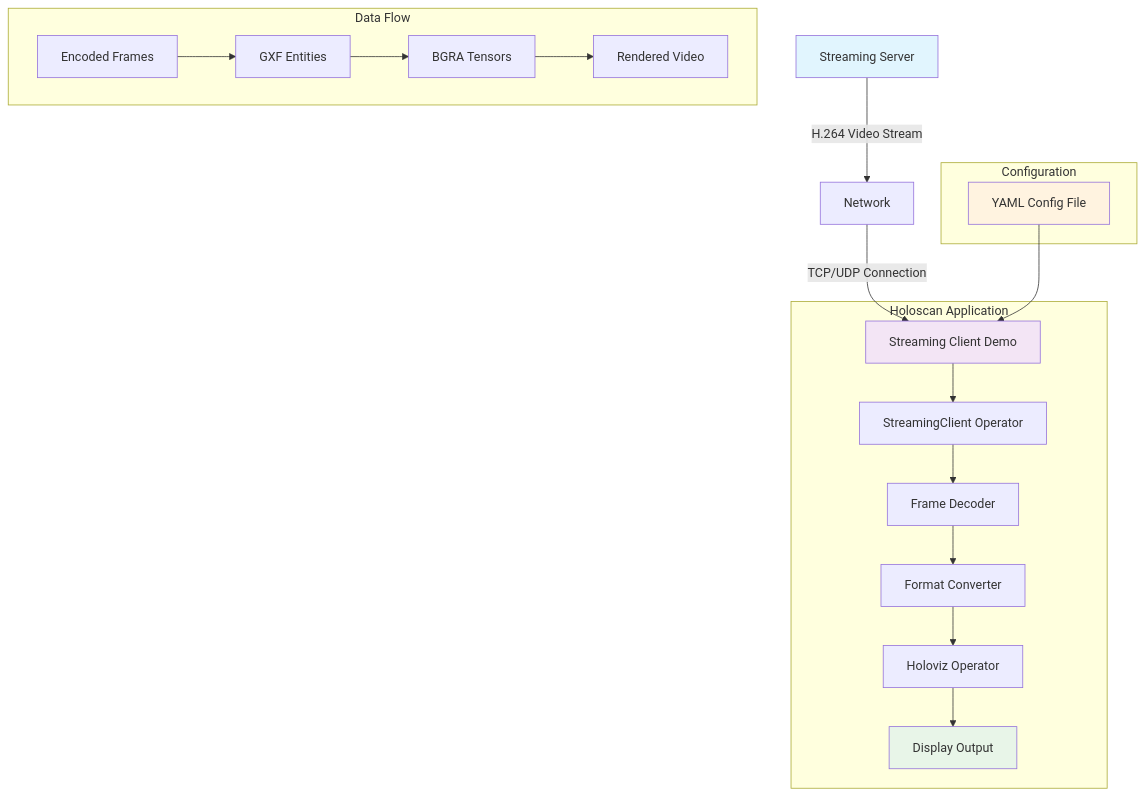
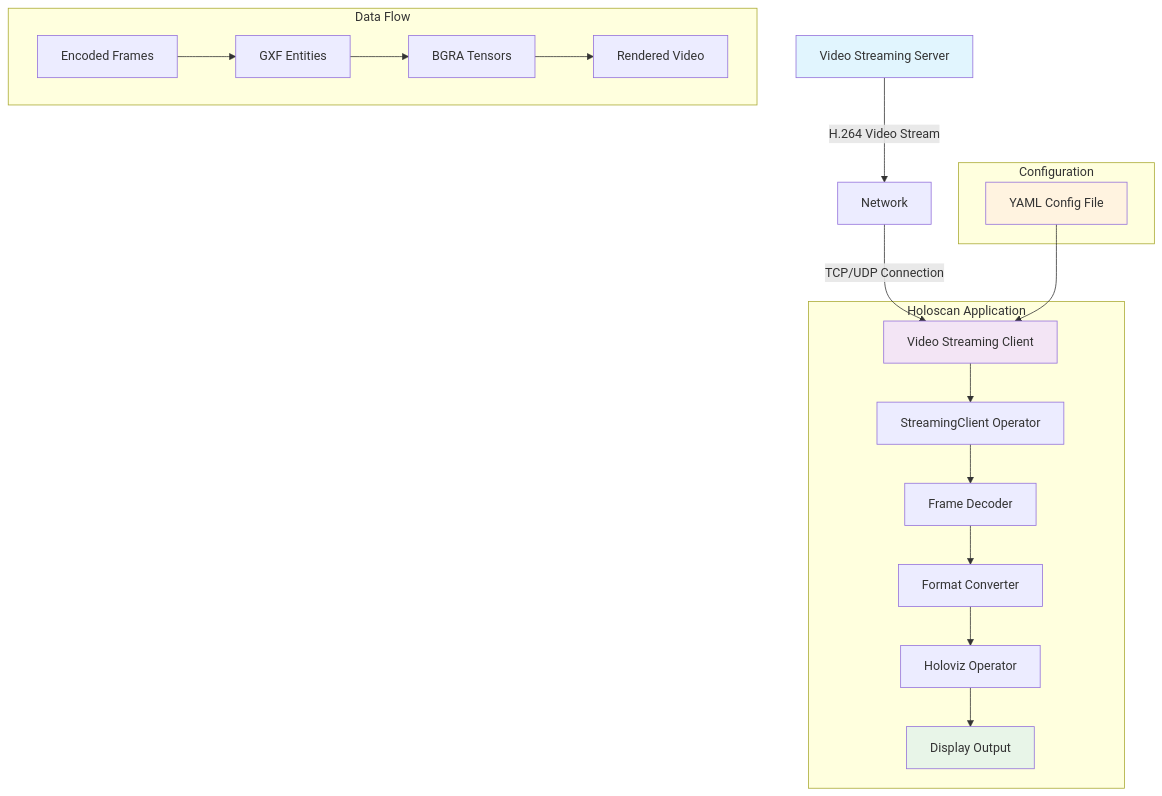
The diagram in applications/video_streaming/video_streaming_client/README.md (nvidia-holoscan/holohub), drawn with Mermaid before and after one commit. The commit also changed other lines of this file and 1 other file, not shown here.

````diff
--- a/applications/video_streaming/video_streaming_client/README.md
+++ b/applications/video_streaming/video_streaming_client/README.md
@@ -7,29 +7,29 @@
 ```mermaid
 graph TD
-    A[Streaming Server] -->|H.264 Video Stream| B[Network]
-    B -->|TCP/UDP Connection| C[Streaming Client Demo]
+    A[Video Streaming Server] -->|H.264 Video Stream| B[Network]
+    B -->|TCP/UDP Connection| C[Video Streaming Client]
     
     subgraph "Holoscan Application"
         C --> D[StreamingClient Operator]
         D --> E[Frame Decoder]
         E --> F[Format Converter]
         F --> G[Holoviz Operator]
         G --> H[Display Output]
     end
     
     subgraph "Configuration"
         I[YAML Config File]
         I --> C
     end
     
     subgraph "Data Flow"
         J[Encoded Frames] --> K[GXF Entities]
         K --> L[BGRA Tensors]
         L --> M[Rendered Video]
     end
     
     style A fill:#e1f5fe
     style C fill:#f3e5f5
     style H fill:#e8f5e8
     style I fill:#fff3e0
 ```
````
